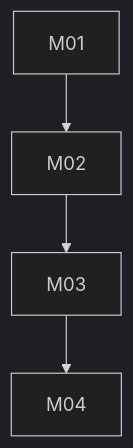
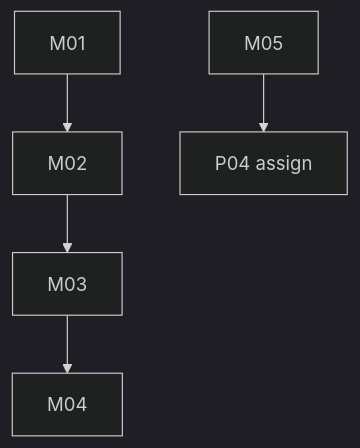
One commit to svennijhuis/agentic-workflows changed the diagram in docs/pbi/monitoring/00-overview.md. Above: the diagram before and after it, drawn with Mermaid (dark theme). The commit also changed other lines of this file and 99 other files, not shown here.

````diff
--- a/docs/pbi/monitoring/00-overview.md
+++ b/docs/pbi/monitoring/00-overview.md
@@ -14,7 +15,8 @@
 ```mermaid
 flowchart TD
   M01[M01] --> M02[M02]
   M02[M02] --> M03[M03]
   M03[M03] --> M04[M04]
+  M05[M05] --> P04[P04 assign]
   M04[M04]
 ```
````
